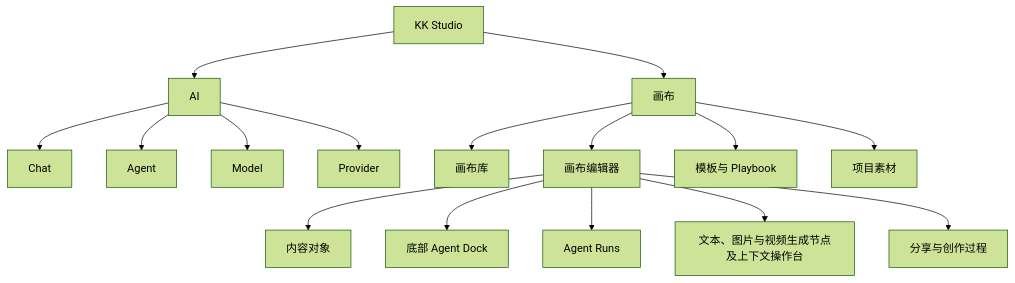
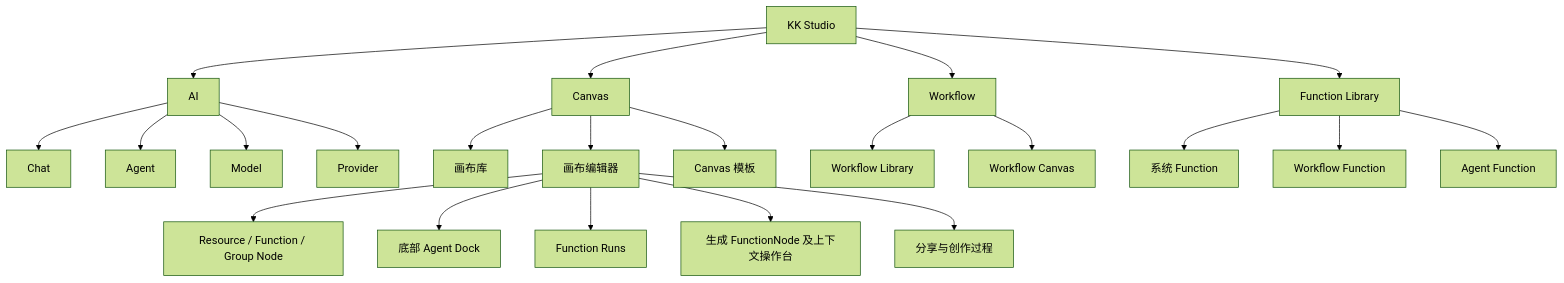
One commit to fengwk/kk-studio changed the first of 2 diagrams in docs/product-design/infinite-canvas-prototype.md. Above: the diagram before and after it, drawn with Mermaid (forest theme). The commit also changed other lines of this file and 4 other files, not shown here.

Commit message:
docs: define infinite canvas architecture

````diff
--- a/docs/product-design/infinite-canvas-prototype.md
+++ b/docs/product-design/infinite-canvas-prototype.md
@@ -66,22 +66,29 @@
 ```mermaid
 flowchart TD
     Shell[KK Studio]
     Shell --> AI[AI]
-    Shell --> Canvas[画布]
+    Shell --> Canvas[Canvas]
+    Shell --> Workflow[Workflow]
+    Shell --> Functions[Function Library]
 
     AI --> Sessions[Chat]
     AI --> Agents[Agent]
     AI --> Models[Model]
     AI --> Providers[Provider]
 
     Canvas --> Library[画布库]
     Canvas --> Editor[画布编辑器]
-    Canvas --> Templates[模板与 Playbook]
-    Canvas --> Assets[项目素材]
+    Canvas --> Templates[Canvas 模板]
 
-    Editor --> Items[内容对象]
+    Editor --> Nodes[Resource / Function / Group Node]
     Editor --> AgentDock[底部 Agent Dock]
-    Editor --> Runs[Agent Runs]
-    Editor --> GenerationNodes[文本、图片与视频生成节点及上下文操作台]
+    Editor --> Runs[Function Runs]
+    Editor --> GenerationNodes[生成 FunctionNode 及上下文操作台]
     Editor --> Share[分享与创作过程]
+
+    Workflow --> WorkflowLibrary[Workflow Library]
+    Workflow --> WorkflowEditor[Workflow Canvas]
+    Functions --> SystemFunctions[系统 Function]
+    Functions --> WorkflowFunctions[Workflow Function]
+    Functions --> AgentFunction[Agent Function]
 ```
````
